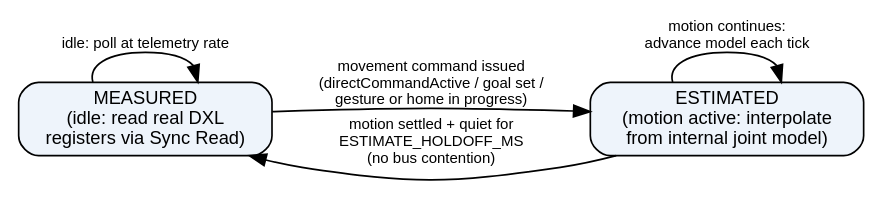
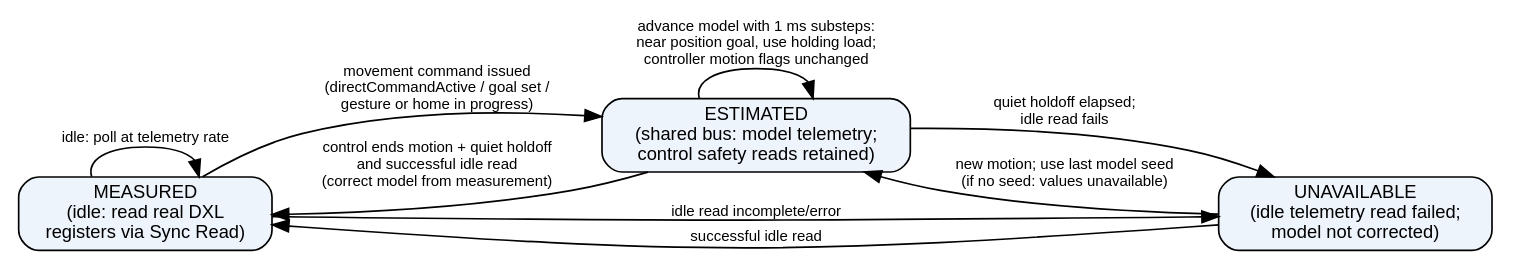
The diagram in docs/figures/v0_9_0_telemetry_source_states.dot (Neuro-Mechatronics-Interfaces/NML_Hand_Exo), drawn with Graphviz before and after one commit. The commit also changed 79 other files, not shown here.

```diff
--- a/docs/figures/v0_9_0_telemetry_source_states.dot
+++ b/docs/figures/v0_9_0_telemetry_source_states.dot
@@ -1,13 +1,18 @@
 digraph telemetry_source {
   rankdir=LR;
   node [shape=box, style="rounded,filled", fillcolor="#eef4fb", fontname="Helvetica", fontsize=11];
   edge [fontname="Helvetica", fontsize=9];
 
   MEASURED [label="MEASURED\n(idle: read real DXL\nregisters via Sync Read)"];
-  ESTIMATED [label="ESTIMATED\n(motion active: interpolate\nfrom internal joint model)"];
+  ESTIMATED [label="ESTIMATED\n(shared bus: model telemetry;\ncontrol safety reads retained)"];
+  UNAVAILABLE [label="UNAVAILABLE\n(idle telemetry read failed;\nmodel not corrected)"];
 
   MEASURED -> ESTIMATED [label="movement command issued\n(directCommandActive / goal set /\ngesture or home in progress)"];
-  ESTIMATED -> ESTIMATED [label="motion continues:\nadvance model each tick"];
-  ESTIMATED -> MEASURED [label="motion settled + quiet for\nESTIMATE_HOLDOFF_MS\n(no bus contention)"];
+  ESTIMATED -> ESTIMATED [label="advance model with 1 ms substeps:\nnear position goal, use holding load;\ncontroller motion flags unchanged"];
+  ESTIMATED -> MEASURED [label="control ends motion + quiet holdoff\nand successful idle read\n(correct model from measurement)"];
+  MEASURED -> UNAVAILABLE [label="idle read incomplete/error"];
+  ESTIMATED -> UNAVAILABLE [label="quiet holdoff elapsed;\nidle read fails"];
+  UNAVAILABLE -> MEASURED [label="successful idle read"];
+  UNAVAILABLE -> ESTIMATED [label="new motion; use last model seed\n(if no seed: values unavailable)"];
   MEASURED -> MEASURED [label="idle: poll at telemetry rate"];
 }
```
